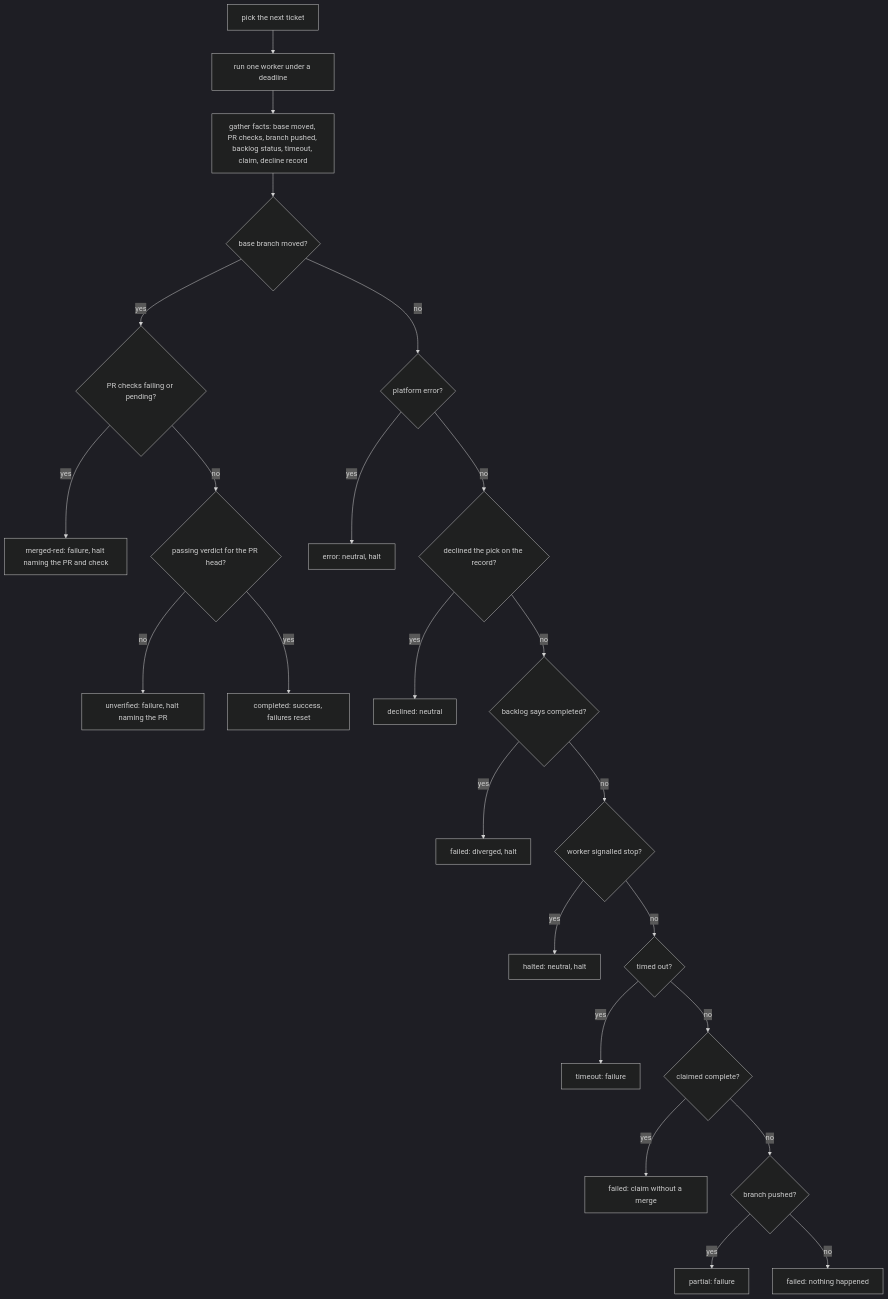
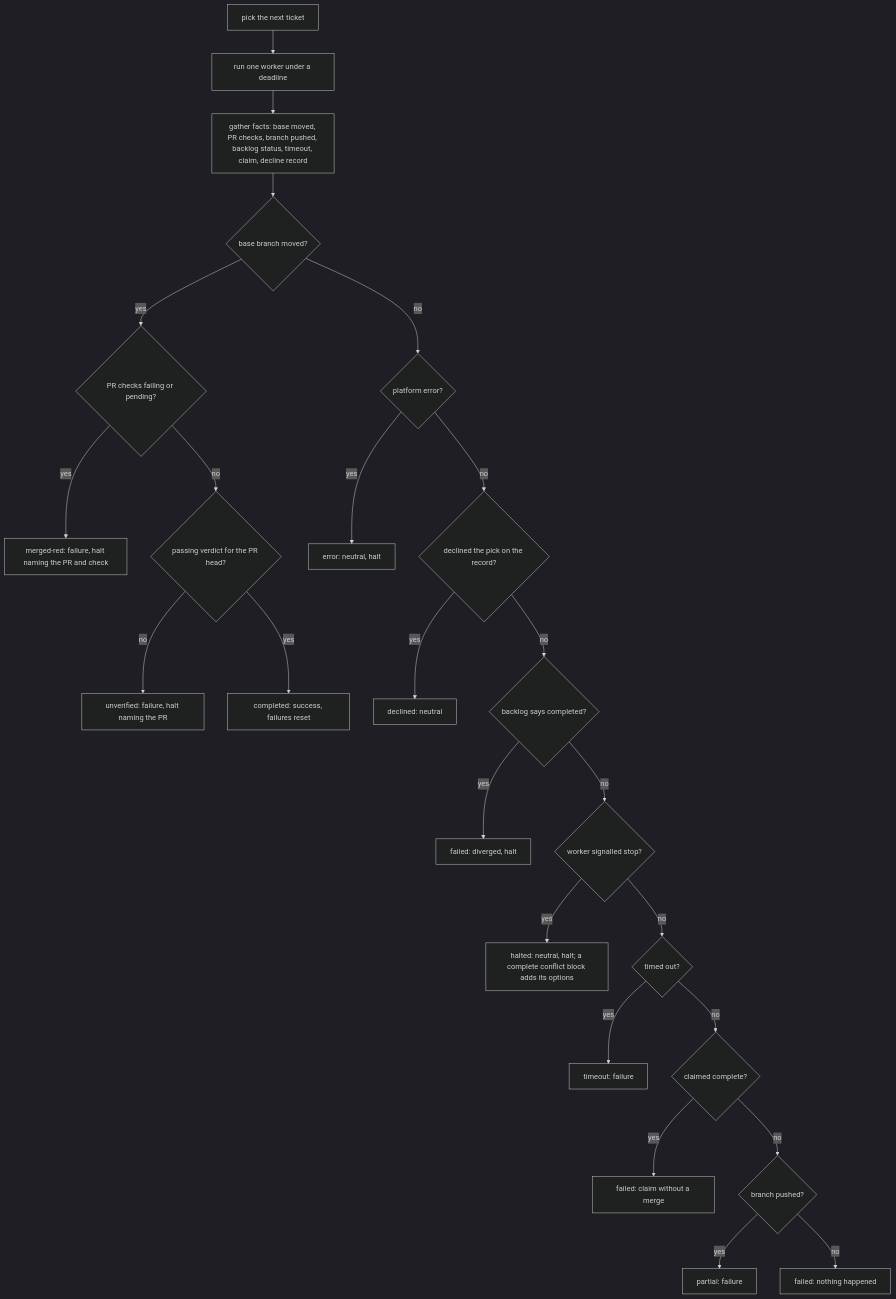
One commit to diegoaltoworks/forger changed the third of 3 diagrams in docs/02-the-loop.md. Above: the diagram before and after it, drawn with Mermaid (dark theme). The commit also changed 14 other files, not shown here.

Commit message:
feat: a conflict stop gives the constraint, the measured gap, options with trade-offs and one recommendation (#344) (#353)

````diff
--- a/docs/02-the-loop.md
+++ b/docs/02-the-loop.md
@@ -104,26 +104,26 @@
 ```mermaid
 flowchart TD
     S[pick the next ticket] --> W[run one worker under a deadline]
     W --> F[gather facts: base moved, PR checks, branch pushed, backlog status, timeout, claim, decline record]
     F --> M{base branch moved?}
     M -- yes --> R{PR checks failing or pending?}
     R -- yes --> MR[merged-red: failure, halt naming the PR and check]
     R -- no --> V{passing verdict for the PR head?}
     V -- no --> UV[unverified: failure, halt naming the PR]
     V -- yes --> OK[completed: success, failures reset]
     M -- no --> I{platform error?}
     I -- yes --> E[error: neutral, halt]
     I -- no --> DC{declined the pick on the record?}
     DC -- yes --> DE[declined: neutral]
     DC -- no --> D{backlog says completed?}
     D -- yes --> X[failed: diverged, halt]
     D -- no --> H{worker signalled stop?}
-    H -- yes --> HL[halted: neutral, halt]
+    H -- yes --> HL[halted: neutral, halt; a complete conflict block adds its options]
     H -- no --> T{timed out?}
     T -- yes --> TO[timeout: failure]
     T -- no --> C{claimed complete?}
     C -- yes --> FC[failed: claim without a merge]
     C -- no --> P{branch pushed?}
     P -- yes --> PA[partial: failure]
     P -- no --> FN[failed: nothing happened]
 ```
````
